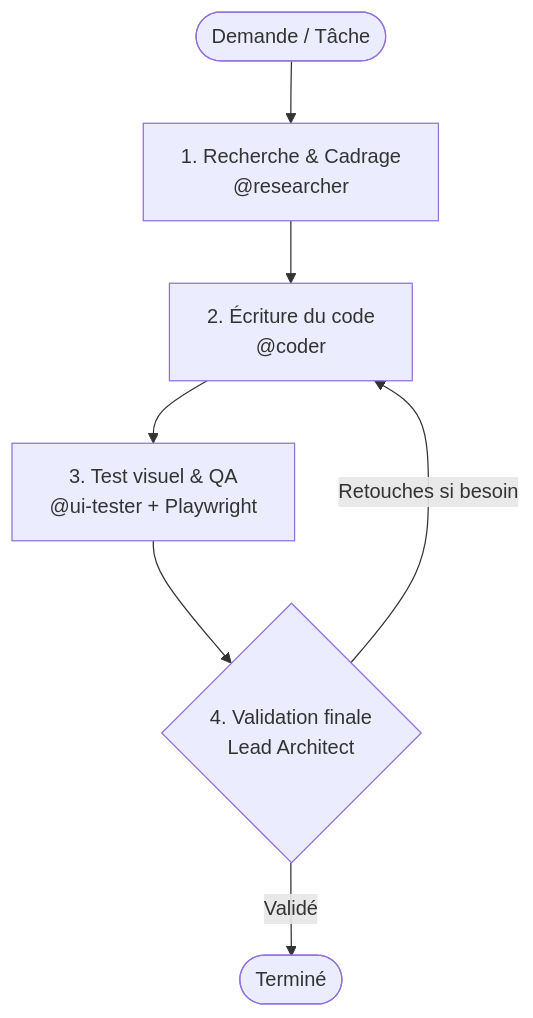
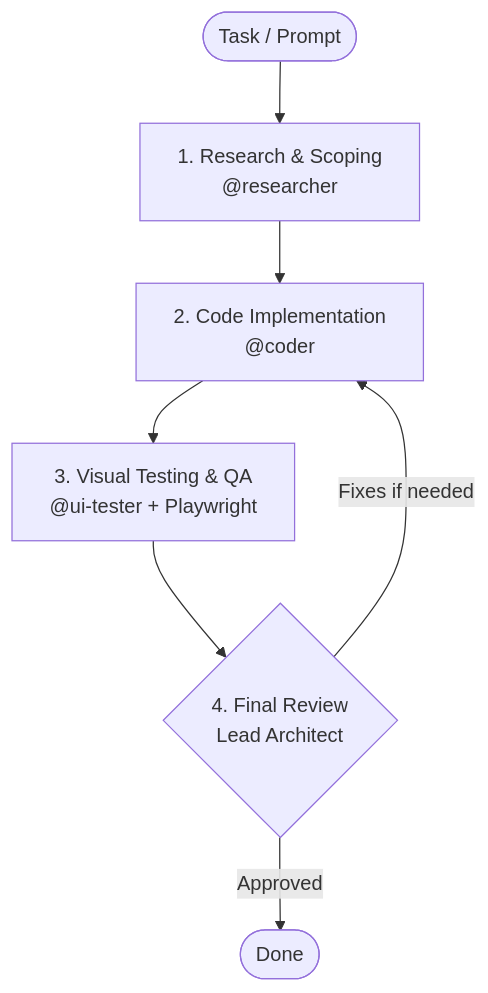
The diagram in README.md (lyko27/worflow-AI), drawn with Mermaid before and after one commit. The commit also changed other lines of this file and 1 other file, not shown here.

````diff
--- a/README.md
+++ b/README.md
@@ -13,9 +15,9 @@
 ```mermaid
 flowchart TD
-    Start([Demande / Tâche]) --> P1[1. Recherche & Cadrage\n@researcher]
-    P1 --> P2[2. Écriture du code\n@coder]
-    P2 --> P3[3. Test visuel & QA\n@ui-tester + Playwright]
-    P3 --> P4{4. Validation finale\nLead Architect}
-    P4 -- Retouches si besoin --> P2
-    P4 -- Validé --> End([Terminé])
+    Start([Task / Prompt]) --> P1[1. Research & Scoping\n@researcher]
+    P1 --> P2[2. Code Implementation\n@coder]
+    P2 --> P3[3. Visual Testing & QA\n@ui-tester + Playwright]
+    P3 --> P4{4. Final Review\nLead Architect}
+    P4 -- Fixes if needed --> P2
+    P4 -- Approved --> End([Done])
 ```
````
